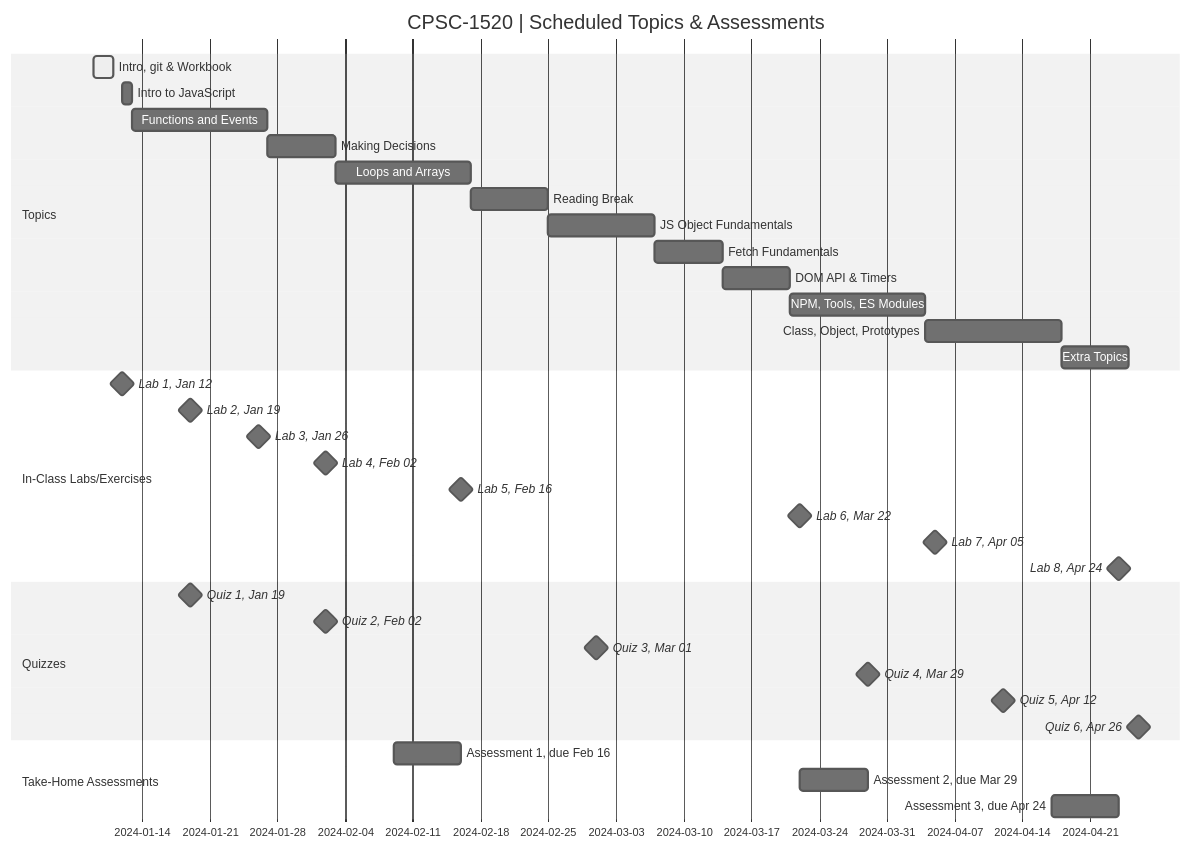
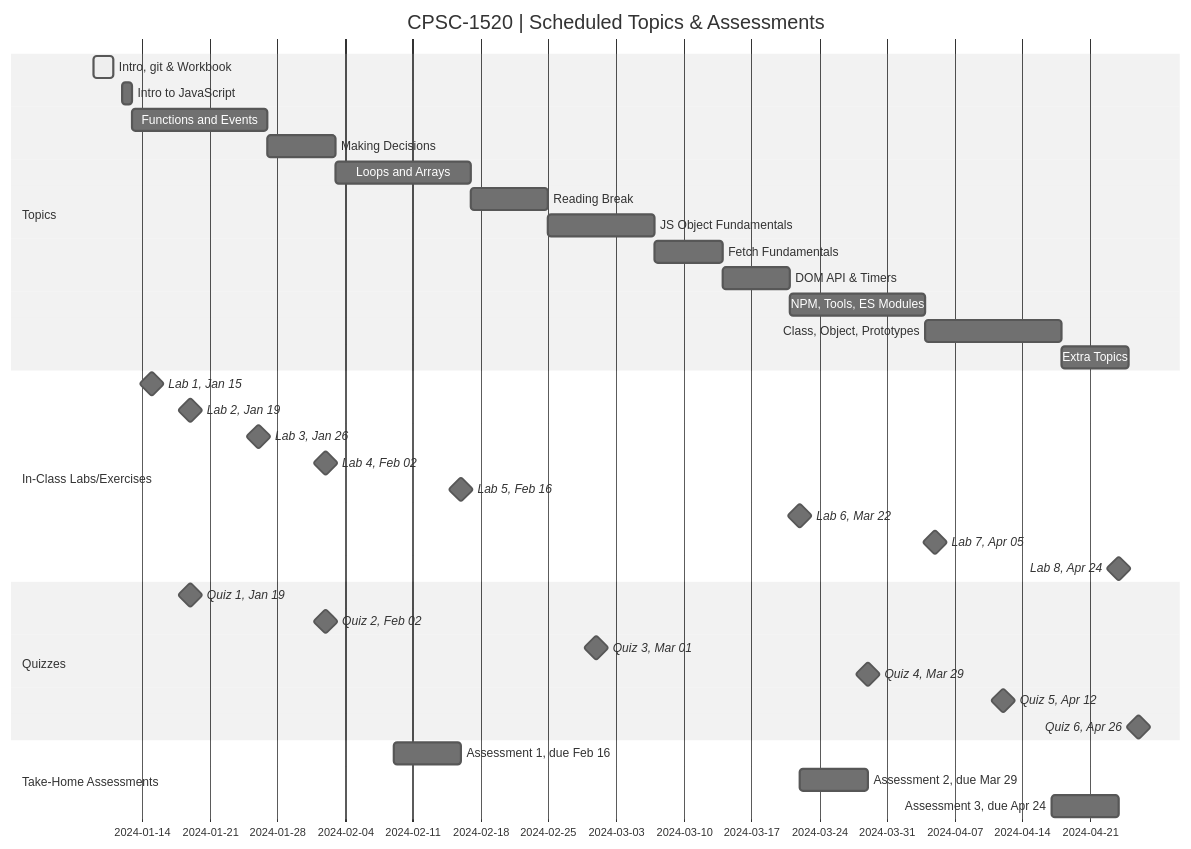
The diagram in ReadMe.md (CPSC-1520/cpsc-1520-workbook-jan2024-a03-dgilleland), drawn with Mermaid (neutral theme) before and after one commit.

Commit message:
Schedule: Push Lab 1 back a day

````diff
--- a/ReadMe.md
+++ b/ReadMe.md
@@ -11,48 +11,48 @@
 ```mermaid
 gantt
     dateFormat  YYYY-MM-DD
     title       CPSC-1520 | Scheduled Topics & Assessments
     %% excludes    weekends
     %% (`excludes` accepts specific dates in YYYY-MM-DD format, days of the week ("sunday") or "weekends", but not the word "weekdays".)
 
     section Topics
     %% done - for finished tasks
     %% active - for current tasks
     %% crit - for red outline/background
     Intro, git & Workbook     :active,  part0, 2024-01-09, 2024-01-11
     Intro to JavaScript       :         part1, 2024-01-12, 1d
     Functions and Events      :         part2, after part1, 14d
     Making Decisions          :         part3, after part2, 7d
     Loops and Arrays          :         part4, after part3, 14d
     Reading Break             :         break, 2024-02-17, 2024-02-25
     JS Object Fundamentals    :         part5, after break, 11d
     Fetch Fundamentals        :         part6, after part5, 7d
     DOM API & Timers          :         part7, after part6, 7d
     NPM, Tools, ES Modules    :         part8, after part7, 14d
     Class, Object, Prototypes :         part9, after part8, 14d
     Extra Topics              :         end, after part9, 7d 
 
     section In-Class Labs/Exercises
-    Lab 1, Jan 12  :     milestone, 2024-01-12, 0d
+    Lab 1, Jan 15  :     milestone, 2024-01-15, 0d
     Lab 2, Jan 19  :     milestone, 2024-01-19, 0d
     Lab 3, Jan 26  :     milestone, 2024-01-26, 0d
     Lab 4, Feb 02  :     milestone, 2024-02-02, 0d
     Lab 5, Feb 16  :     milestone, 2024-02-16, 0d
     Lab 6, Mar 22  :     milestone, 2024-03-22, 0d
     Lab 7, Apr 05  :     milestone, 2024-04-05, 0d
     Lab 8, Apr 24  :     milestone, 2024-04-24, 0d
 
     section Quizzes
     Quiz 1, Jan 19 :  milestone, 2024-01-19, 0d
     Quiz 2, Feb 02 :  milestone, 2024-02-02, 0d
     Quiz 3, Mar 01 :  milestone, 2024-03-01, 0d
     Quiz 4, Mar 29 :  milestone, 2024-03-29, 0d
     Quiz 5, Apr 12 :  milestone, 2024-04-12, 0d
     Quiz 6, Apr 26 :  milestone, 2024-04-26, 0d
 
     section Take-Home Assessments
     Assessment 1, due Feb 16 : 2024-02-09, 2024-02-16
     Assessment 2, due Mar 29 : 2024-03-22, 2024-03-29
     Assessment 3, due Apr 24 : 2024-04-17, 2024-04-24
 
 ```
````
